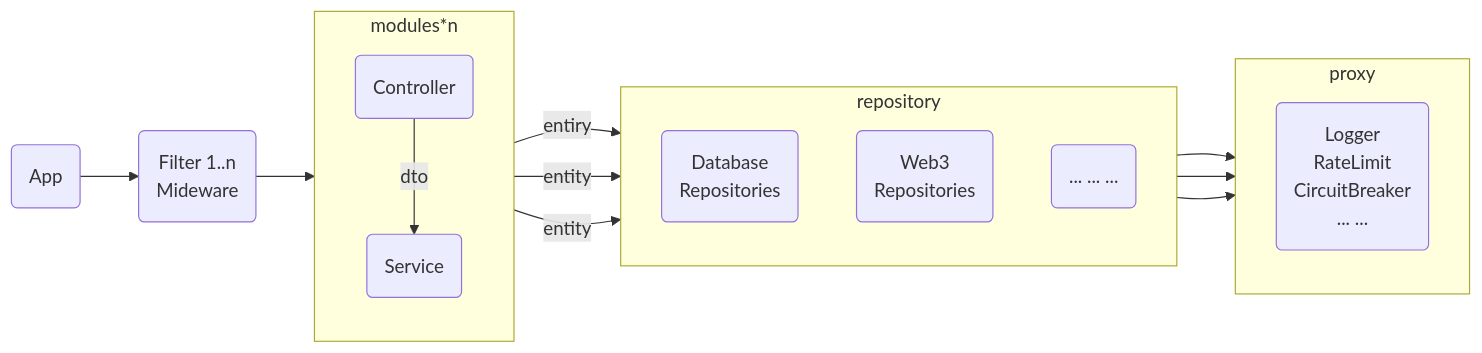
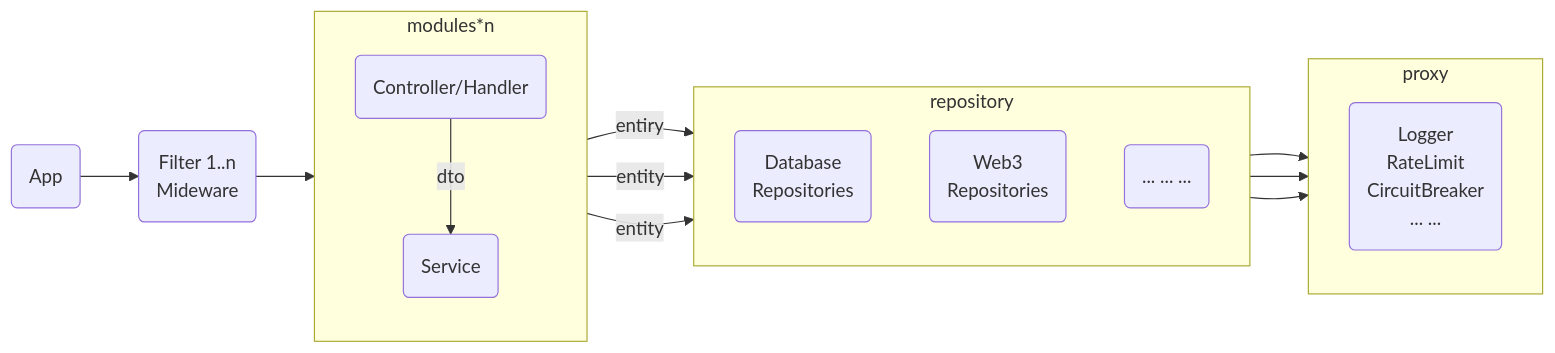
The second of 3 diagrams in architecture/general-system-architecture.md (wanghuayao/wanghuayao.github.com), drawn with Mermaid before and after one commit. The commit also changed 3 other files, not shown here.

````diff
--- a/architecture/general-system-architecture.md
+++ b/architecture/general-system-architecture.md
@@ -69,36 +69,36 @@
 ```mermaid
 flowchart LR
     app(App)
     filter(Filter 1..n<br> Mideware)
     subgraph modules*n
         direction TB
-        controller(Controller)
+        controller(Controller/Handler)
         service(Service)
         controller -->|dto| service
     end
     subgraph repository
         direction TB
         db(Database<br>Repositories)
         web3(Web3<br>Repositories)
         others(... ... ...)
 
         service -->|entiry| db
         service -->|entity| web3
         service -->|entity| others
     end
     subgraph proxy
         direction TB
         Proxy(Logger
         RateLimit
         CircuitBreaker
         ... ...)
     end
     
     app --> filter
     filter --> controller
     db --> proxy
     web3 --> proxy
     others --> proxy
     
 
 ```
````
